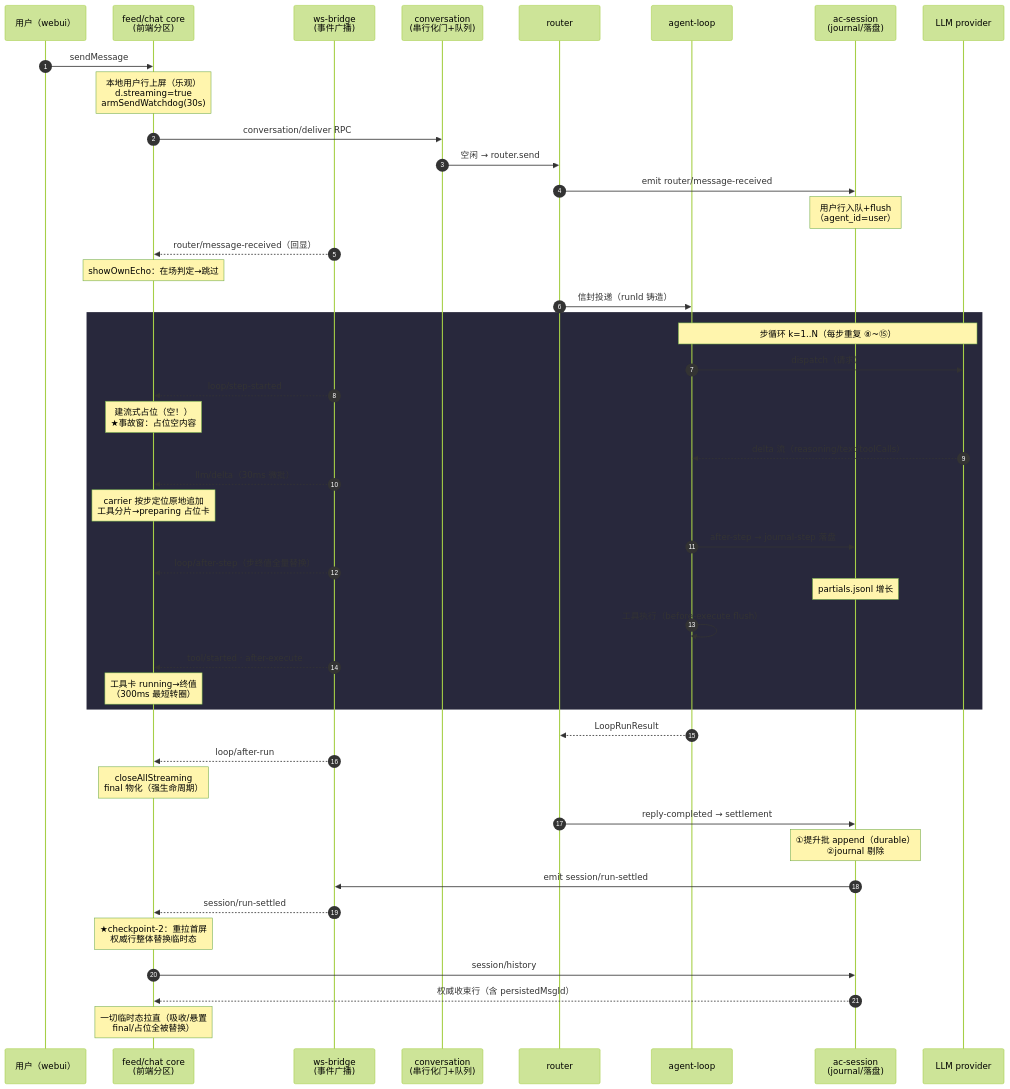
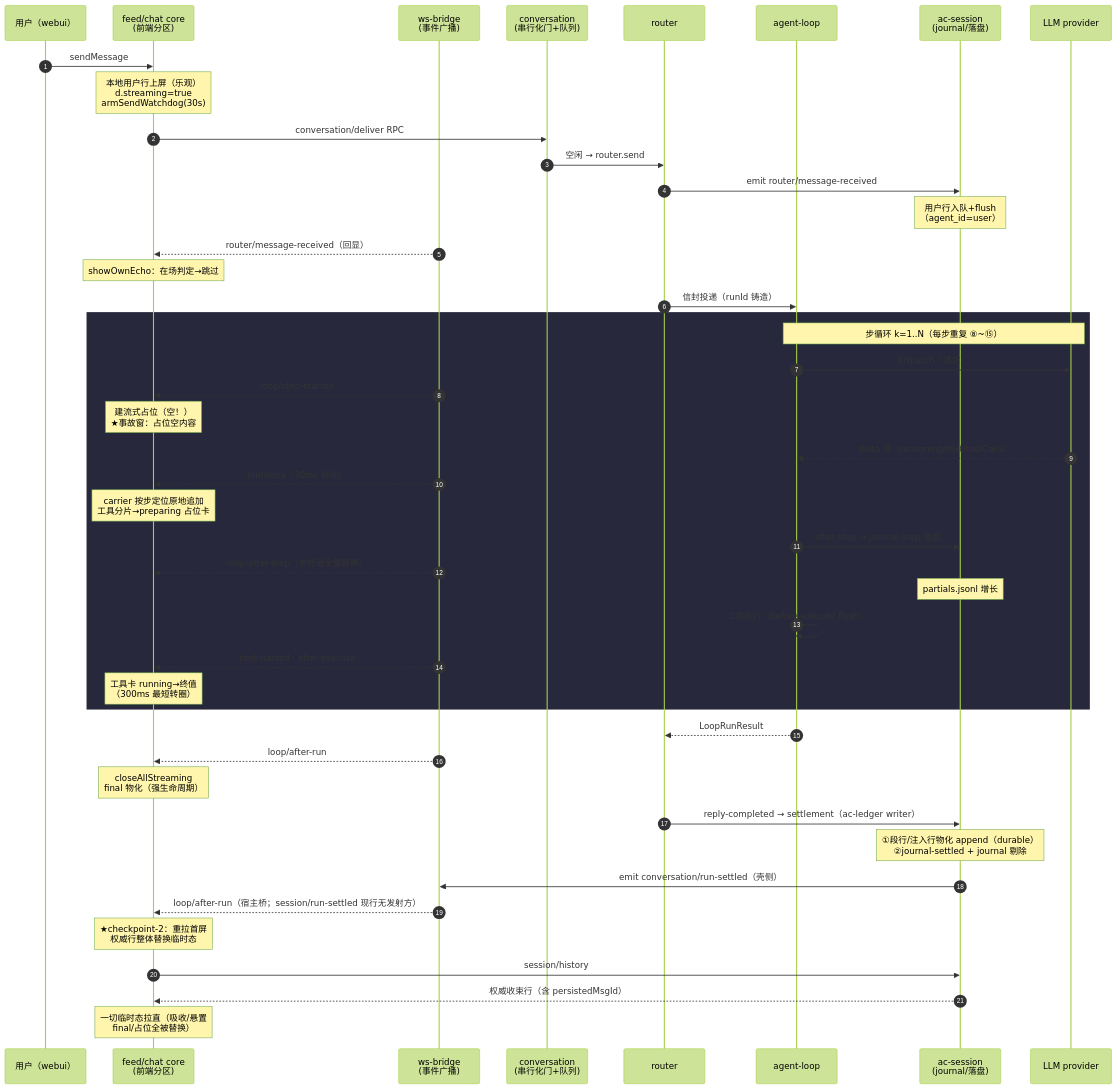
Before and after one commit to nefevcore/AgentChat: the first of 2 diagrams in docs/design/run-lifecycle-checkpoints.md, drawn with Mermaid (forest theme). The commit also changed other lines of this file and 238 other files, not shown here.

````diff
--- a/docs/design/run-lifecycle-checkpoints.md
+++ b/docs/design/run-lifecycle-checkpoints.md
@@ -20,50 +23,50 @@
 ```mermaid
 sequenceDiagram
     autonumber
     participant U as 用户（webui）
     participant F as feed/chat core<br/>(前端分区)
     participant W as ws-bridge<br/>(事件广播)
     participant C as conversation<br/>(串行化门+队列)
     participant R as router
     participant L as agent-loop
     participant S as ac-session<br/>(journal/落盘)
     participant P as LLM provider
 
     U->>F: sendMessage
     Note over F: 本地用户行上屏（乐观）<br/>d.streaming=true<br/>armSendWatchdog(30s)
     F->>C: conversation/deliver RPC
     C->>R: 空闲 → router.send
     R->>S: emit router/message-received
     Note over S: 用户行入队+flush<br/>（agent_id=user）
     W-->>F: router/message-received（回显）
     Note over F: showOwnEcho：在场判定→跳过
     R->>L: 信封投递（runId 铸造）
 
     rect rgb(40,40,60)
         Note over L,P: 步循环 k=1..N（每步重复 ⑧~⑮）
         L->>P: dispatch（请求）
         W-->>F: loop/step-started
         Note over F: 建流式占位（空！）<br/>★事故窗：占位空内容
         P-->>L: delta 流（reasoning/text/toolCalls）
         W-->>F: llm/delta（30ms 微批）
         Note over F: carrier 按步定位原地追加<br/>工具分片→preparing 占位卡
         L->>S: after-step → journal-step 落盘
         W-->>F: loop/after-step（步终值全量替换）
         Note over S: partials.jsonl 增长
         L->>L: 工具执行（before-execute flush）
         W-->>F: tool/started · after-execute
         Note over F: 工具卡 running→终值<br/>（300ms 最短转圈）
     end
 
     L-->>R: LoopRunResult
     W-->>F: loop/after-run
     Note over F: closeAllStreaming<br/>final 物化（强生命周期）
-    R->>S: reply-completed → settlement
-    Note over S: ①提升批 append（durable）<br/>②journal 剔除
-    S->>W: emit session/run-settled
-    W-->>F: session/run-settled
+    R->>S: reply-completed → settlement（ac-ledger writer）
+    Note over S: ①段行/注入行物化 append（durable）<br/>②journal-settled + journal 剔除
+    S->>W: emit conversation/run-settled（壳侧）
+    W-->>F: loop/after-run（宿主桥；session/run-settled 现行无发射方）
     Note over F: ★checkpoint-2：重拉首屏<br/>权威行整体替换临时态
     F->>S: session/history
     S-->>F: 权威收束行（含 persistedMsgId）
     Note over F: 一切临时态拉直（吸收/悬置<br/>final/占位全被替换）
 ```
````
